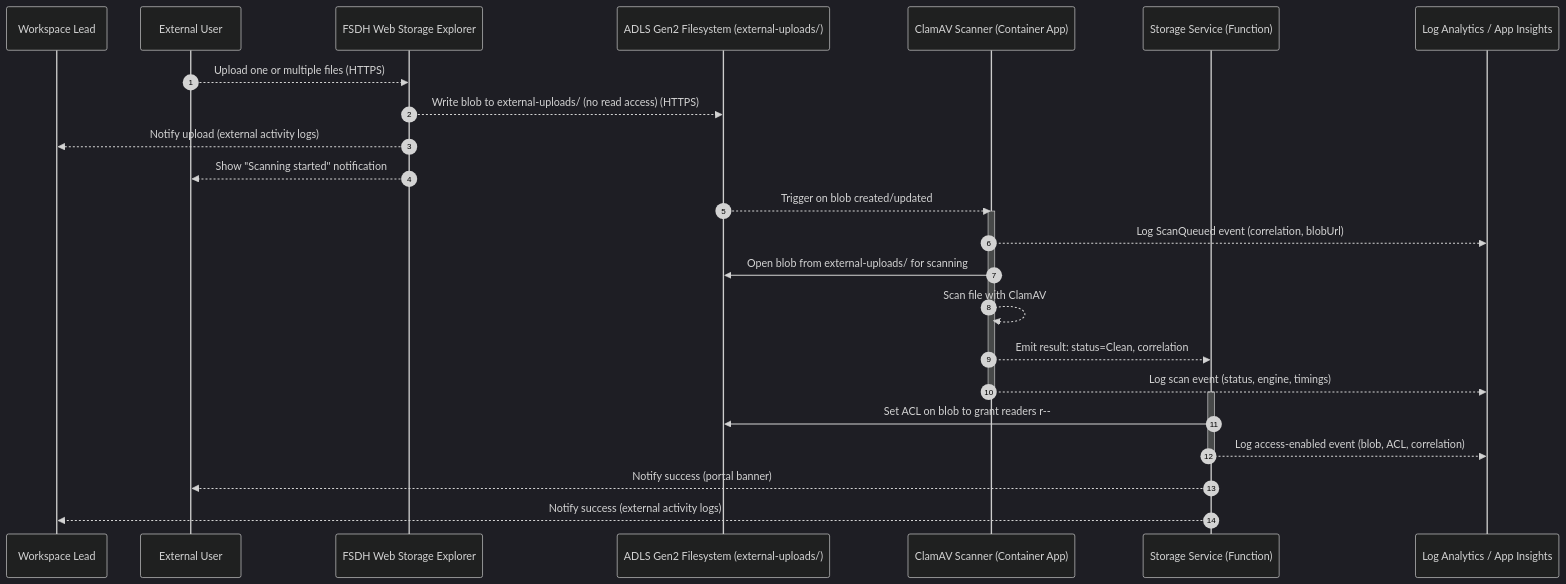
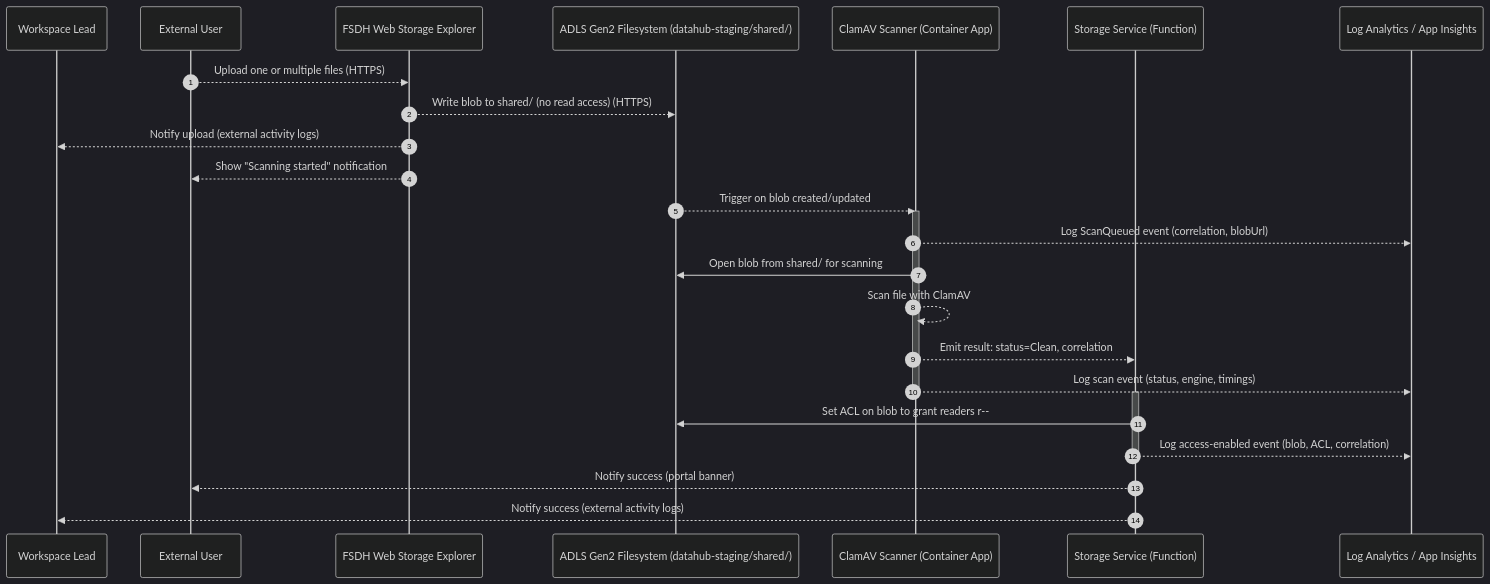
One commit to ssc-sp/datahub-docs changed the second of 4 diagrams in DeveloperGuide/ClamAV/clamav-ACLs.md. Above: the diagram before and after it, drawn with Mermaid (dark theme). The commit also changed other lines of this file and 9 other files, not shown here.

````diff
--- a/DeveloperGuide/ClamAV/clamav-ACLs.md
+++ b/DeveloperGuide/ClamAV/clamav-ACLs.md
@@ -75,30 +75,30 @@
 ```mermaid
 sequenceDiagram
 autonumber
 participant WL as Workspace Lead
 participant U as External User
 participant UC as FSDH Web Storage Explorer
-participant FS as ADLS Gen2 Filesystem (external-uploads/)
+participant FS as ADLS Gen2 Filesystem (datahub-staging/shared/)
 participant AV as ClamAV Scanner (Container App)
 participant AS as Storage Service (Function)
 participant L as Log Analytics / App Insights
 
 U-->>UC: Upload one or multiple files (HTTPS)
-UC-->>FS: Write blob to external-uploads/ (no read access) (HTTPS)
+UC-->>FS: Write blob to shared/ (no read access) (HTTPS)
 UC-->>WL: Notify upload (external activity logs)
 UC-->>U: Show "Scanning started" notification
 FS-->>AV: Trigger on blob created/updated
 activate AV
 AV-->>L: Log ScanQueued event (correlation, blobUrl)
-AV->>FS: Open blob from external-uploads/ for scanning
+AV->>FS: Open blob from shared/ for scanning
 AV-->>AV: Scan file with ClamAV
 AV-->>AS: Emit result: status=Clean, correlation
 AV-->>L: Log scan event (status, engine, timings)
 deactivate AV
 activate AS
 AS->>FS: Set ACL on blob to grant readers r--
 AS-->>L: Log access-enabled event (blob, ACL, correlation)
 deactivate AS
 AS-->>U: Notify success (portal banner)
 AS-->>WL: Notify success (external activity logs)
 ```
````
